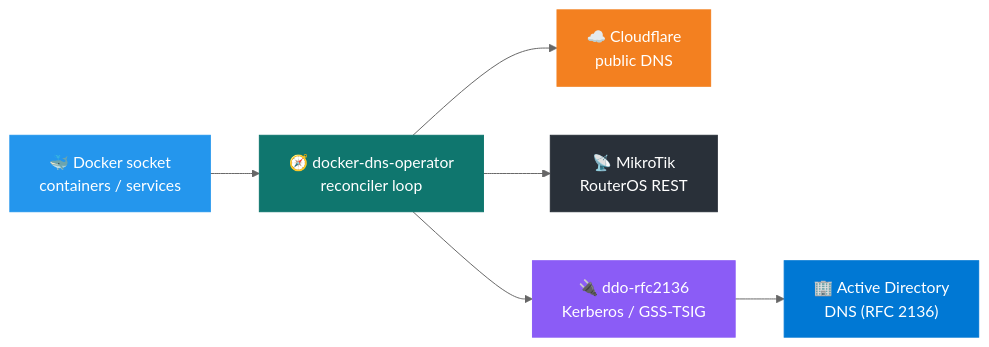
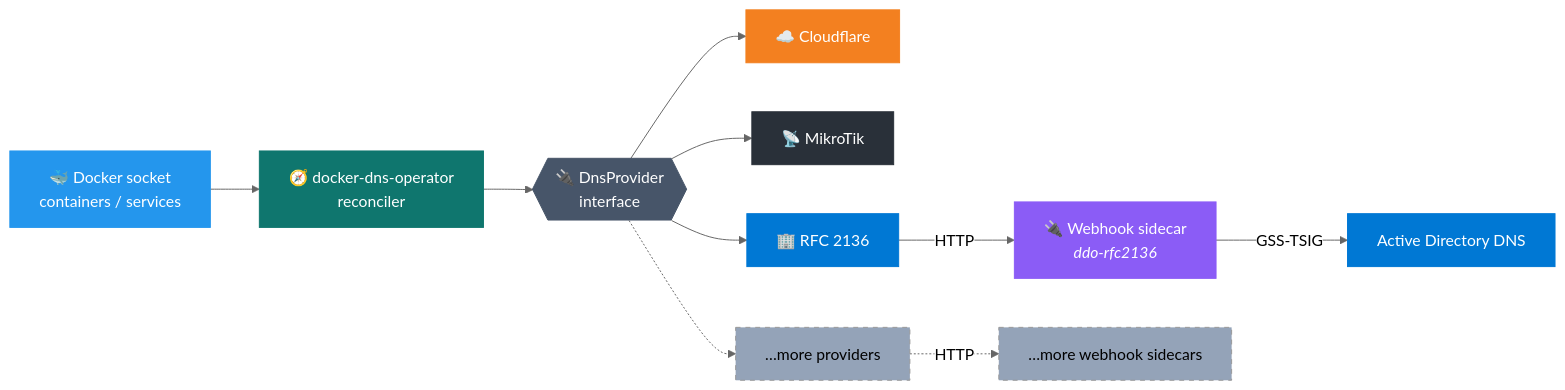
The first of 2 diagrams in README.md (mrkhachaturov/docker-dns-operator), drawn with Mermaid (neutral theme) before and after one commit. The commit also changed other lines of this file, not shown here.

Commit message:
docs(readme): reframe as pluggable provider/sidecar model
Restructure the architecture diagram and Providers section opener so
the model reads as 'pluggable, three providers ship today' rather than
'Cloudflare + MikroTik + RFC2136 are the universe'. Future providers
and webhook sidecars are first-class citizens in the diagram.

- Architecture mermaid: providers now branch from a DnsProvider
  interface node; dotted edges to '…more providers' and '…more webhook
  sidecars' make extensibility visible.
- Providers section now opens with a paragraph explaining the
  interface + sidecar split.
- RFC 2136 heading made explicit: '(via webhook sidecar)'.
- Drop the now-redundant NOTE callout about webhook-sidecar
  convention; covered by the Providers opener and the sidecar repo
  link.

````diff
--- a/README.md
+++ b/README.md
@@ -39,16 +39,25 @@
 ```mermaid
 graph LR
-    DK["🐳 Docker socket<br/>containers / services"] --> OP["🧭 docker-dns-operator<br/>reconciler loop"]
+    DK["🐳 Docker socket<br/>containers / services"] --> OP["🧭 docker-dns-operator<br/>reconciler"]
+    OP --> P{{"🔌 DnsProvider<br/>interface"}}
 
-    OP --> CF["☁️ Cloudflare<br/>public DNS"]
-    OP --> MT["📡 MikroTik<br/>RouterOS REST"]
-    OP --> TR["🔌 ddo-rfc2136<br/>Kerberos / GSS-TSIG"]
-    TR --> AD["🏢 Active Directory<br/>DNS (RFC 2136)"]
+    P --> CF["☁️ Cloudflare"]
+    P --> MT["📡 MikroTik"]
+    P --> RF["🏢 RFC 2136"]
+    P -.-> PLUS["…more providers"]
+
+    RF -->|HTTP| WH["🔌 Webhook sidecar<br/><i>ddo-rfc2136</i>"]
+    WH -->|GSS-TSIG| AD["Active Directory DNS"]
+    PLUS -.->|HTTP| WHN["…more webhook sidecars"]
 
     style DK fill:#2496ed,color:#fff,stroke:#2496ed
     style OP fill:#0f766e,color:#fff,stroke:#0f766e
+    style P fill:#475569,color:#fff,stroke:#475569
     style CF fill:#f38020,color:#fff,stroke:#f38020
     style MT fill:#293039,color:#fff,stroke:#293039
-    style TR fill:#8b5cf6,color:#fff,stroke:#8b5cf6
+    style RF fill:#0078d4,color:#fff,stroke:#0078d4
+    style WH fill:#8b5cf6,color:#fff,stroke:#8b5cf6
     style AD fill:#0078d4,color:#fff,stroke:#0078d4
+    style PLUS fill:#94a3b8,color:#000,stroke-dasharray: 5 5
+    style WHN fill:#94a3b8,color:#000,stroke-dasharray: 5 5
 ```
````
